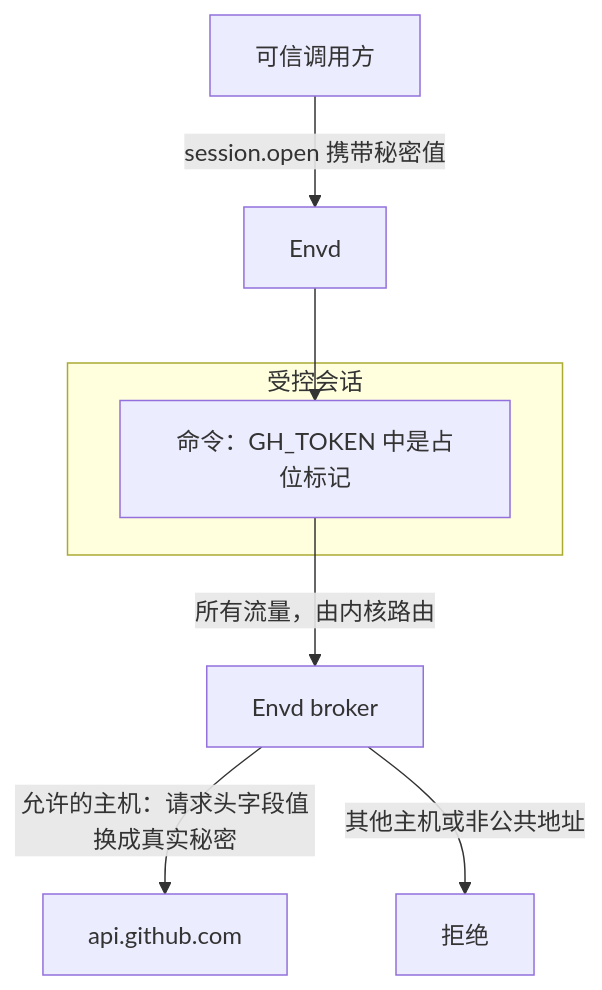
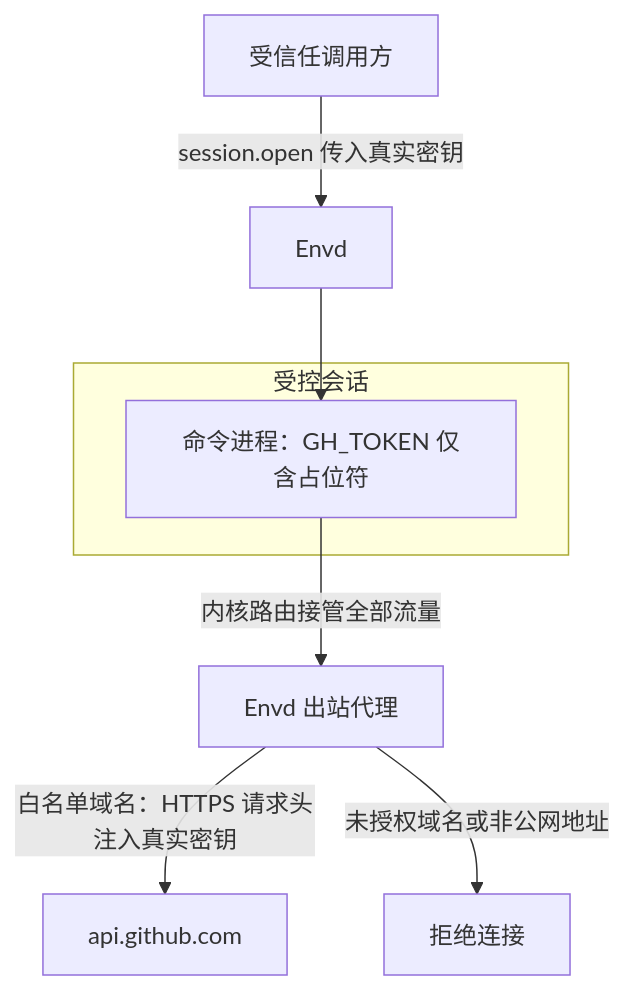
One commit to converge-ai-labs/agent-foundation changed the diagram in docs/a13n-envd/egress.zh-CN.md. Above: the diagram before and after it, drawn with Mermaid. The commit also changed other lines of this file and 105 other files, not shown here.

Commit message:
docs(guides): restructure bilingual guides around user workflows and verify schemas

````diff
--- a/docs/a13n-envd/egress.zh-CN.md
+++ b/docs/a13n-envd/egress.zh-CN.md
@@ -60,16 +52,11 @@
 ```mermaid
 flowchart TB
-    Caller["可信调用方"] -->|"session.open 携带秘密值"| Envd["Envd"]
+    Caller["受信任调用方"] -->|"session.open 传入真实密钥"| Envd["Envd"]
     subgraph Session["受控会话"]
-        Command["命令：GH_TOKEN 中是占位标记"]
+        Command["命令进程：GH_TOKEN 仅含占位符"]
     end
     Envd --> Command
-    Command -->|"所有流量，由内核路由"| Broker["Envd broker"]
-    Broker -->|"允许的主机：请求头字段值换成真实秘密"| Upstream["api.github.com"]
-    Broker -->|"其他主机或非公共地址"| Refused["拒绝"]
-
-    class Caller app
-    class Envd,Broker a13n
-    class Upstream ext
-    class Refused danger
+    Command -->|"内核路由接管全部流量"| Broker["Envd 出站代理"]
+    Broker -->|"白名单域名：HTTPS 请求头注入真实密钥"| Upstream["api.github.com"]
+    Broker -->|"未授权域名或非公网地址"| Refused["拒绝连接"]
 ```
````
